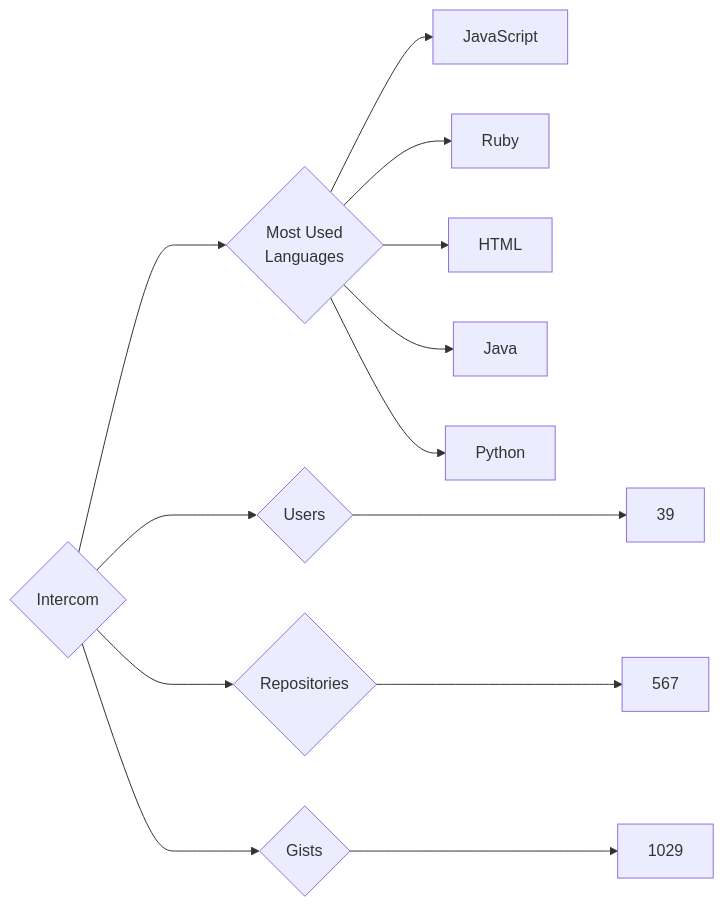
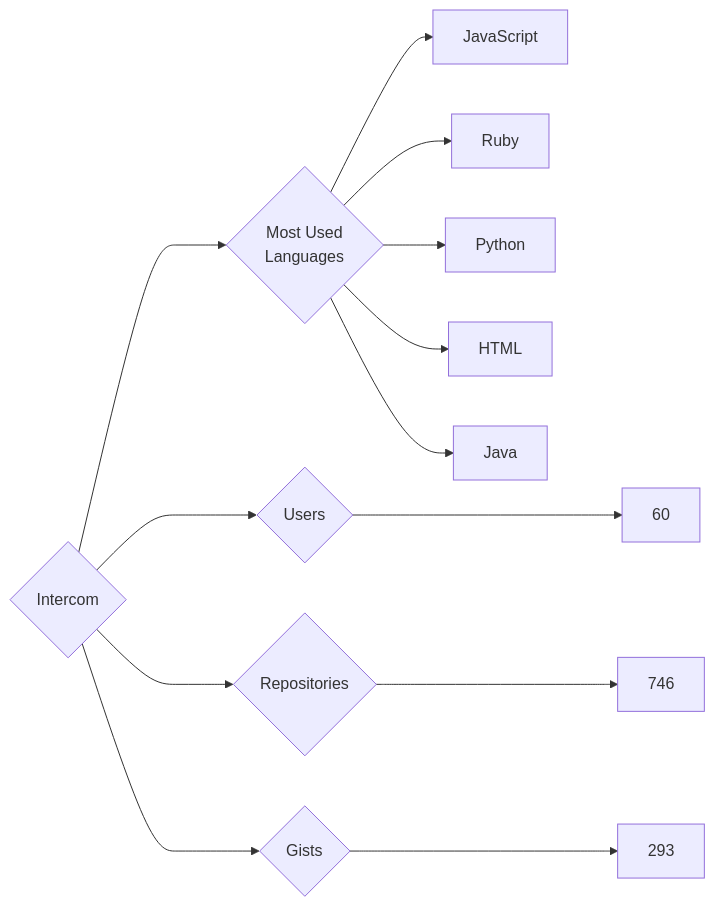
Before and after one commit to trickest/insiders: the diagram in targets/Intercom/README.md, drawn with Mermaid. The commit also changed 847 other files, not shown here.

````diff
--- a/targets/Intercom/README.md
+++ b/targets/Intercom/README.md
@@ -3,13 +3,13 @@
 ```mermaid
 graph LR
 COMPANY_NAME{Intercom}
-COMPANY_NAME ---> U{Users} ---> UN[39]
-COMPANY_NAME ---> R{Repositories} ---> RN[567]
-COMPANY_NAME ---> G{Gists} ---> GN[1029]
+COMPANY_NAME ---> U{Users} ---> UN[60]
+COMPANY_NAME ---> R{Repositories} ---> RN[746]
+COMPANY_NAME ---> G{Gists} ---> GN[293]
 COMPANY_NAME ---> ML{Most Used<br>Languages}
 ML --> JavaScript[JavaScript]
 ML --> Ruby[Ruby]
+ML --> Python[Python]
 ML --> HTML[HTML]
 ML --> Java[Java]
-ML --> Python[Python]
 ```
````
